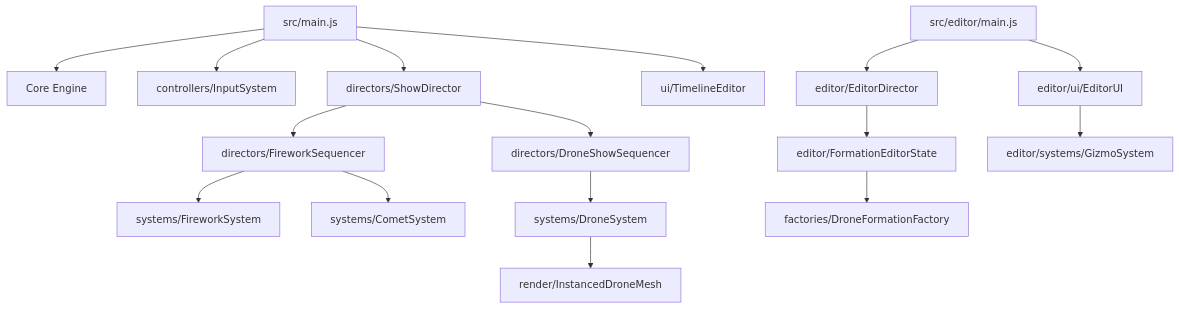
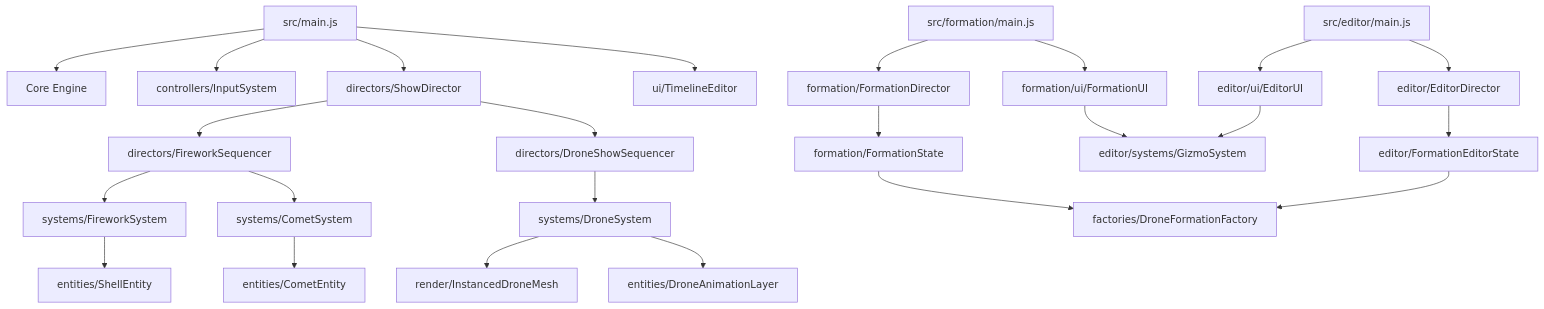
One commit to ThAolInh20/Shell-Drone-Editor changed the diagram in STRUCTURE-dev.md. Above: the diagram before and after it, drawn with Mermaid. The commit also changed other lines of this file and 12 other files, not shown here.

````diff
--- a/STRUCTURE-dev.md
+++ b/STRUCTURE-dev.md
@@ -63,22 +146,34 @@
 ```mermaid
 graph TD
+    %% Main Pyros Show Entry
     Main[src/main.js] --> Core[Core Engine]
     Main --> Input[controllers/InputSystem]
     Main --> ShowDirector[directors/ShowDirector]
     Main --> UI[ui/TimelineEditor]
 
     ShowDirector --> FireworkSeq[directors/FireworkSequencer]
     ShowDirector --> DroneSeq[directors/DroneShowSequencer]
 
     FireworkSeq --> FWSystem[systems/FireworkSystem]
     FireworkSeq --> CometSystem[systems/CometSystem]
+    FWSystem --> ShellEnt[entities/ShellEntity]
+    CometSystem --> CometEnt[entities/CometEntity]
 
     DroneSeq --> DroneSys[systems/DroneSystem]
     DroneSys --> InstancedMesh[render/InstancedDroneMesh]
+    DroneSys --> DroneAnim[entities/DroneAnimationLayer]
 
+    %% Static Formation Editor Entry
+    FormationMain[src/formation/main.js] --> FormDir[formation/FormationDirector]
+    FormationMain --> FormUI[formation/ui/FormationUI]
+    FormDir --> FormState[formation/FormationState]
+    FormState --> DroneFactory[factories/DroneFormationFactory]
+    FormUI --> Gizmo[editor/systems/GizmoSystem]
+
+    %% Animated Timeline Editor Entry
     EditorMain[src/editor/main.js] --> EditorDir[editor/EditorDirector]
     EditorMain --> EditorUI[editor/ui/EditorUI]
-    EditorDir --> FormationState[editor/FormationEditorState]
-    FormationState --> DroneFactory[factories/DroneFormationFactory]
-    EditorUI --> Gizmo[editor/systems/GizmoSystem]
+    EditorDir --> EdState[editor/FormationEditorState]
+    EdState --> DroneFactory
+    EditorUI --> Gizmo
 ```
````
